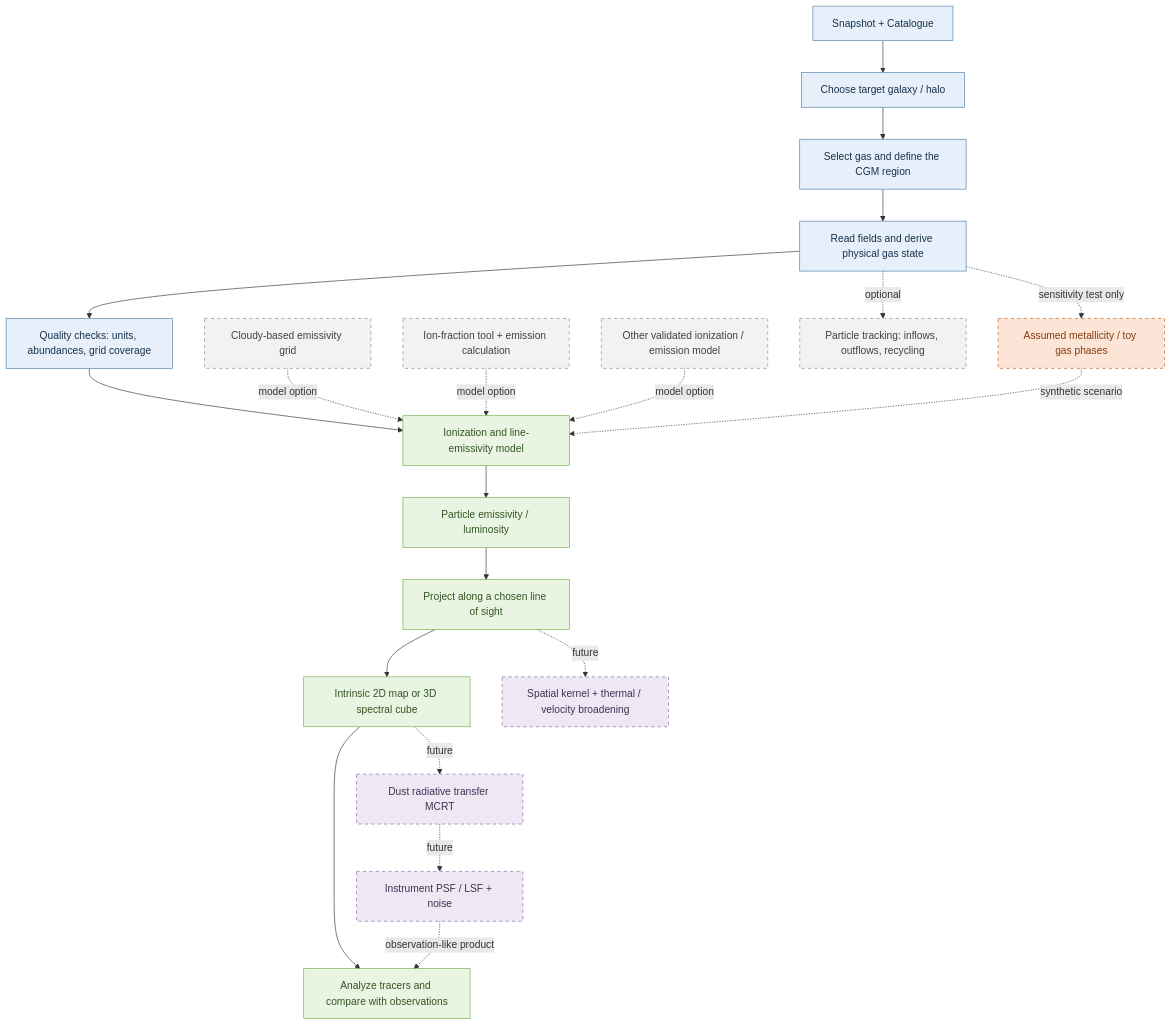
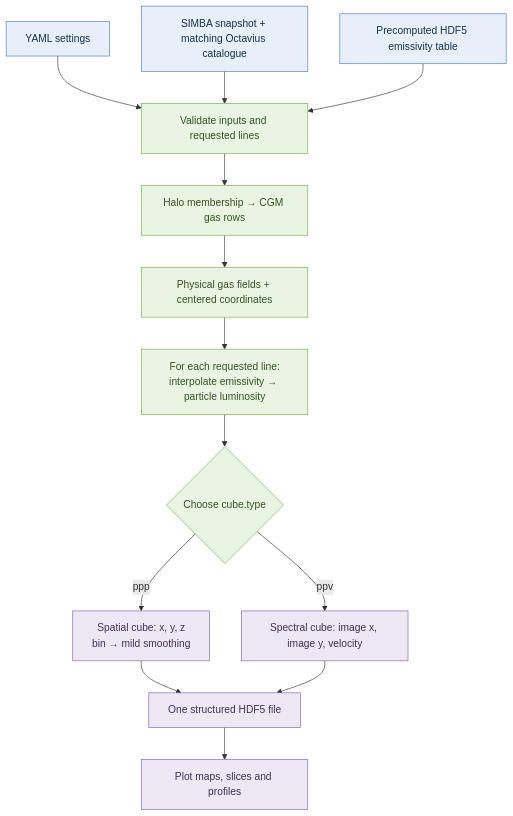
One commit to JiaHeak/SIMBA-gas-emission changed the diagram in README.md. Above: the diagram before and after it, drawn with Mermaid. The commit also changed other lines of this file, not shown here.

````diff
--- a/README.md
+++ b/README.md
@@ -11,34 +11,22 @@
 ```mermaid
 flowchart TD
-    A[Snapshot + Catalogue] --> B[Choose target galaxy / halo]
-    B --> C[Select gas and define the CGM region]
-    C --> D[Read fields and derive physical gas state]
-    D --> E[Quality checks: units, abundances, grid coverage]
-    E --> F[Ionization and line-emissivity model]
-    F --> G[Particle emissivity / luminosity]
-    G --> H[Project along a chosen line of sight]
-    H --> I[Intrinsic 2D map or 3D spectral cube]
-    I --> J[Analyze tracers and compare with observations]
+    A["YAML settings"] --> D["Validate inputs and requested lines"]
+    B["SIMBA snapshot + matching Octavius catalogue"] --> D
+    C["Precomputed HDF5 emissivity table"] --> D
+    D --> E["Halo membership → CGM gas rows"]
+    E --> F["Physical gas fields + centered coordinates"]
+    F --> G["For each requested line:<br/>interpolate emissivity → particle luminosity"]
+    G --> H{"Choose cube.type"}
+    H -->|ppp| I["Spatial cube: x, y, z<br/>bin → mild smoothing"]
+    H -->|ppv| J["Spectral cube: image x, image y, velocity"]
+    I --> K["One structured HDF5 file"]
+    J --> K
+    K --> L["Plot maps, slices and profiles"]
 
-    K[Cloudy-based emissivity grid] -. model option .-> F
-    L[Ion-fraction tool + emission calculation] -. model option .-> F
-    M[Other validated ionization / emission model] -. model option .-> F
-    D -. optional .-> N[Particle tracking: inflows, outflows, recycling]
-    D -. sensitivity test only .-> O[Assumed metallicity / toy gas phases]
-    O -. synthetic scenario .-> F
-    H -. future .-> P[Spatial kernel + thermal / velocity broadening]
-    I -. future .-> Q[Dust radiative transfer MCRT]
-    Q -. future .-> R[Instrument PSF / LSF + noise]
-    R -. observation-like product .-> J
-
-    classDef data fill:#e7f0fa,stroke:#4d7ea8,color:#17324d;
-    classDef core fill:#eaf4e3,stroke:#70ad47,color:#315623;
-    classDef model fill:#f2f2f2,stroke:#7f8c8d,color:#404040,stroke-dasharray:5 5;
-    classDef explore fill:#fce4d6,stroke:#c55a11,color:#843c0c,stroke-dasharray:5 5;
-    classDef future fill:#eee8f5,stroke:#8064a2,color:#403152,stroke-dasharray:5 5;
-    class A,B,C,D,E data;
-    class F,G,H,I,J core;
-    class K,L,M,N model;
-    class O explore;
-    class P,Q,R future;
+    classDef inputs fill:#e7f0fa,stroke:#4d7ea8,color:#17324d;
+    classDef compute fill:#eaf4e3,stroke:#70ad47,color:#315623;
+    classDef product fill:#eee8f5,stroke:#8064a2,color:#403152;
+    class A,B,C inputs;
+    class D,E,F,G,H compute;
+    class I,J,K,L product;
 ```
````
